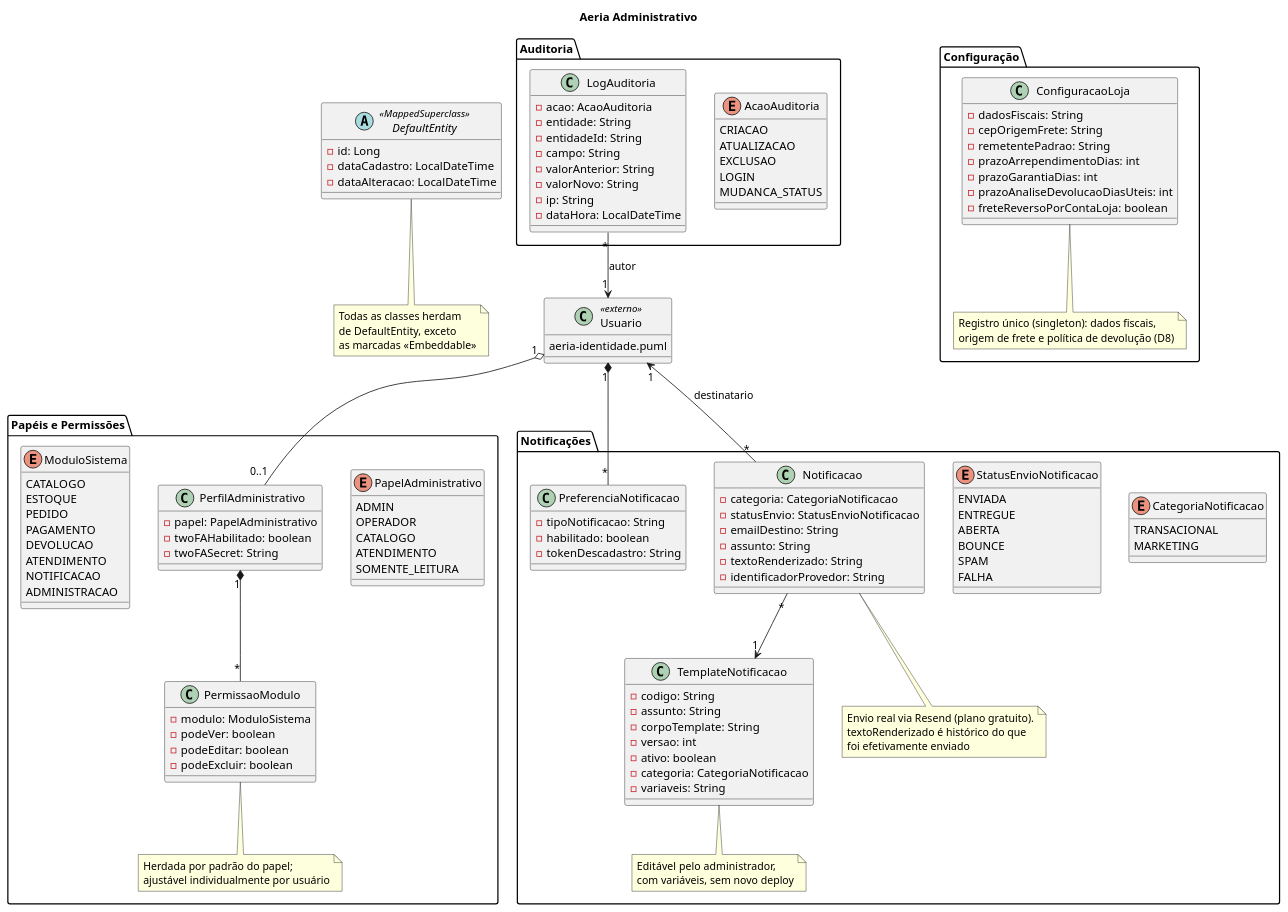
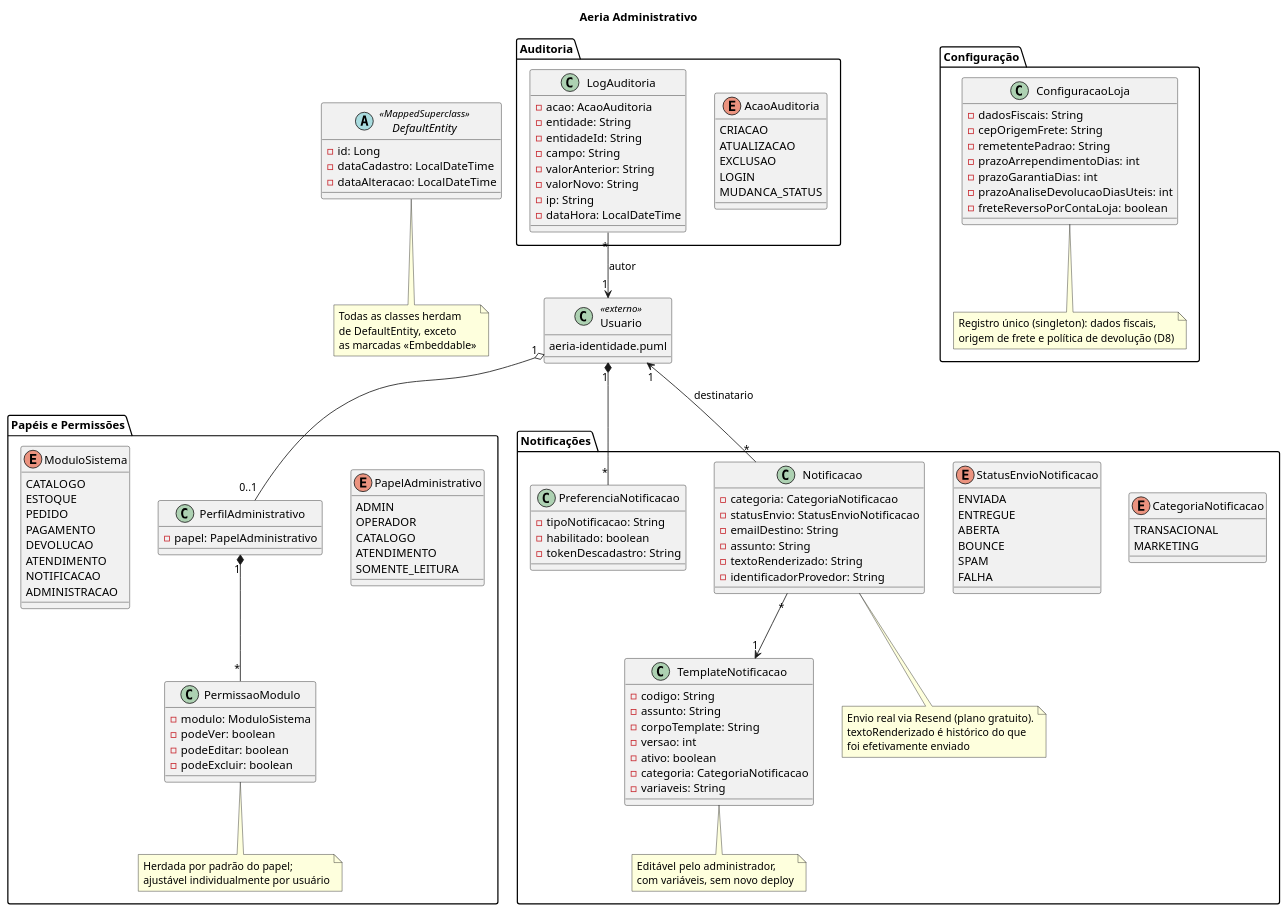
The diagram in docs/diagramas/aeria-administrativo.puml (DaviRSuassuna/Droneshop), drawn with PlantUML before and after one commit. The commit also changed 190 other files, not shown here.

```diff
--- a/docs/diagramas/aeria-administrativo.puml
+++ b/docs/diagramas/aeria-administrativo.puml
@@ -1,155 +1,153 @@
 @startuml aeria-administrativo
 
 title Aeria Administrativo
 
 abstract class DefaultEntity <<MappedSuperclass>> {
   -id: Long
   -dataCadastro: LocalDateTime
   -dataAlteracao: LocalDateTime
 }
 
 note bottom of DefaultEntity
   Todas as classes herdam
   de DefaultEntity, exceto
   as marcadas <<Embeddable>>
 end note
 
 class Usuario <<externo>> {
   aeria-identidade.puml
 }
 
 package "Papéis e Permissões" {
   enum PapelAdministrativo {
     ADMIN
     OPERADOR
     CATALOGO
     ATENDIMENTO
     SOMENTE_LEITURA
   }
 
   class PerfilAdministrativo {
     -papel: PapelAdministrativo
-    -twoFAHabilitado: boolean
-    -twoFASecret: String
   }
 
   enum ModuloSistema {
     CATALOGO
     ESTOQUE
     PEDIDO
     PAGAMENTO
     DEVOLUCAO
     ATENDIMENTO
     NOTIFICACAO
     ADMINISTRACAO
   }
 
   class PermissaoModulo {
     -modulo: ModuloSistema
     -podeVer: boolean
     -podeEditar: boolean
     -podeExcluir: boolean
   }
   note bottom of PermissaoModulo
     Herdada por padrão do papel;
     ajustável individualmente por usuário
   end note
 }
 
 package "Auditoria" {
   enum AcaoAuditoria {
     CRIACAO
     ATUALIZACAO
     EXCLUSAO
     LOGIN
     MUDANCA_STATUS
   }
 
   class LogAuditoria {
     -acao: AcaoAuditoria
     -entidade: String
     -entidadeId: String
     -campo: String
     -valorAnterior: String
     -valorNovo: String
     -ip: String
     -dataHora: LocalDateTime
   }
 }
 
 package "Configuração" {
   class ConfiguracaoLoja {
     -dadosFiscais: String
     -cepOrigemFrete: String
     -remetentePadrao: String
     -prazoArrependimentoDias: int
     -prazoGarantiaDias: int
     -prazoAnaliseDevolucaoDiasUteis: int
     -freteReversoPorContaLoja: boolean
   }
   note bottom of ConfiguracaoLoja
     Registro único (singleton): dados fiscais,
     origem de frete e política de devolução (D8)
   end note
 }
 
 package "Notificações" {
   class TemplateNotificacao {
     -codigo: String
     -assunto: String
     -corpoTemplate: String
     -versao: int
     -ativo: boolean
     -categoria: CategoriaNotificacao
     -variaveis: String
   }
   note bottom of TemplateNotificacao
     Editável pelo administrador,
     com variáveis, sem novo deploy
   end note
 
   enum CategoriaNotificacao {
     TRANSACIONAL
     MARKETING
   }
 
   enum StatusEnvioNotificacao {
     ENVIADA
     ENTREGUE
     ABERTA
     BOUNCE
     SPAM
     FALHA
   }
 
   class Notificacao {
     -categoria: CategoriaNotificacao
     -statusEnvio: StatusEnvioNotificacao
     -emailDestino: String
     -assunto: String
     -textoRenderizado: String
     -identificadorProvedor: String
   }
   note bottom of Notificacao
     Envio real via Resend (plano gratuito).
     textoRenderizado é histórico do que
     foi efetivamente enviado
   end note
 
   class PreferenciaNotificacao {
     -tipoNotificacao: String
     -habilitado: boolean
     -tokenDescadastro: String
   }
 }
 
 ' Usuario o-- PerfilAdministrativo também consta em aeria-identidade.puml,
 ' repetida aqui para leitura isolada deste arquivo
 Usuario "1" o-- "0..1" PerfilAdministrativo
 PerfilAdministrativo "1" *-- "*" PermissaoModulo
 LogAuditoria "*" --> "1" Usuario : autor
 Notificacao "*" --> "1" TemplateNotificacao
 Notificacao "*" --> "1" Usuario : destinatario
 Usuario "1" *-- "*" PreferenciaNotificacao
 
 @enduml
```
